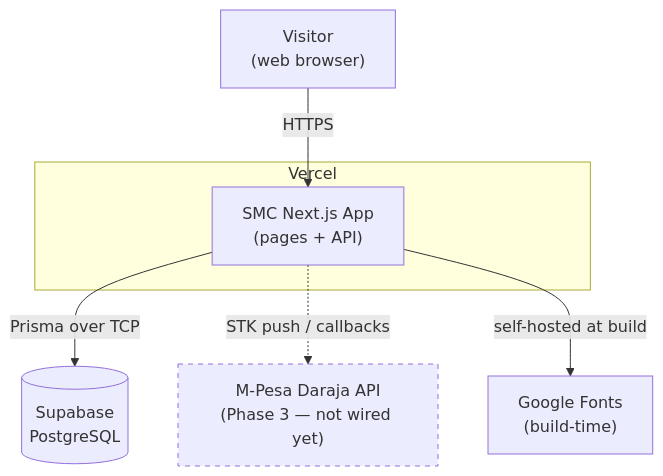
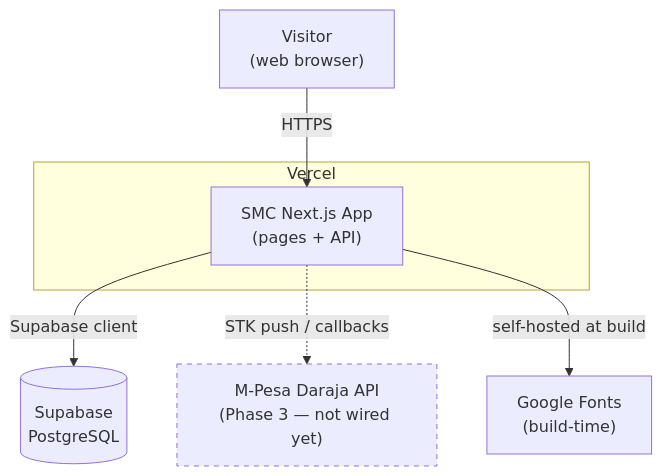
One commit to AustineIgunza/smc_website_prototype changed the first of 9 diagrams in ARCHITECTURE.md. Above: the diagram before and after it, drawn with Mermaid. The commit also changed other lines of this file and 1 other file, not shown here.

````diff
--- a/ARCHITECTURE.md
+++ b/ARCHITECTURE.md
@@ -48,20 +48,20 @@
 ```mermaid
 flowchart TB
     visitor["Visitor<br/>(web browser)"]
 
     subgraph vercel["Vercel"]
         app["SMC Next.js App<br/>(pages + API)"]
     end
 
     db[("Supabase<br/>PostgreSQL")]
     mpesa["M-Pesa Daraja API<br/>(Phase 3 — not wired yet)"]
     fonts["Google Fonts<br/>(build-time)"]
 
     visitor -->|HTTPS| app
-    app -->|Prisma over TCP| db
+    app -->|Supabase client| db
     app -.->|STK push / callbacks| mpesa
     app -->|self-hosted at build| fonts
 
     classDef future stroke-dasharray: 5 5;
     class mpesa future;
 ```
````
